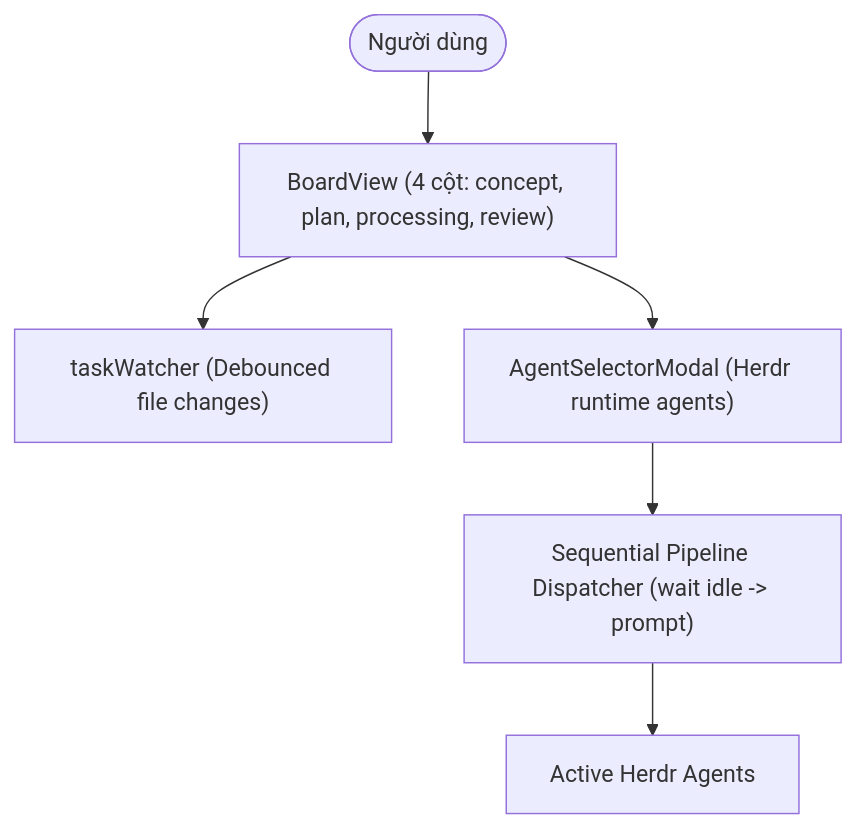
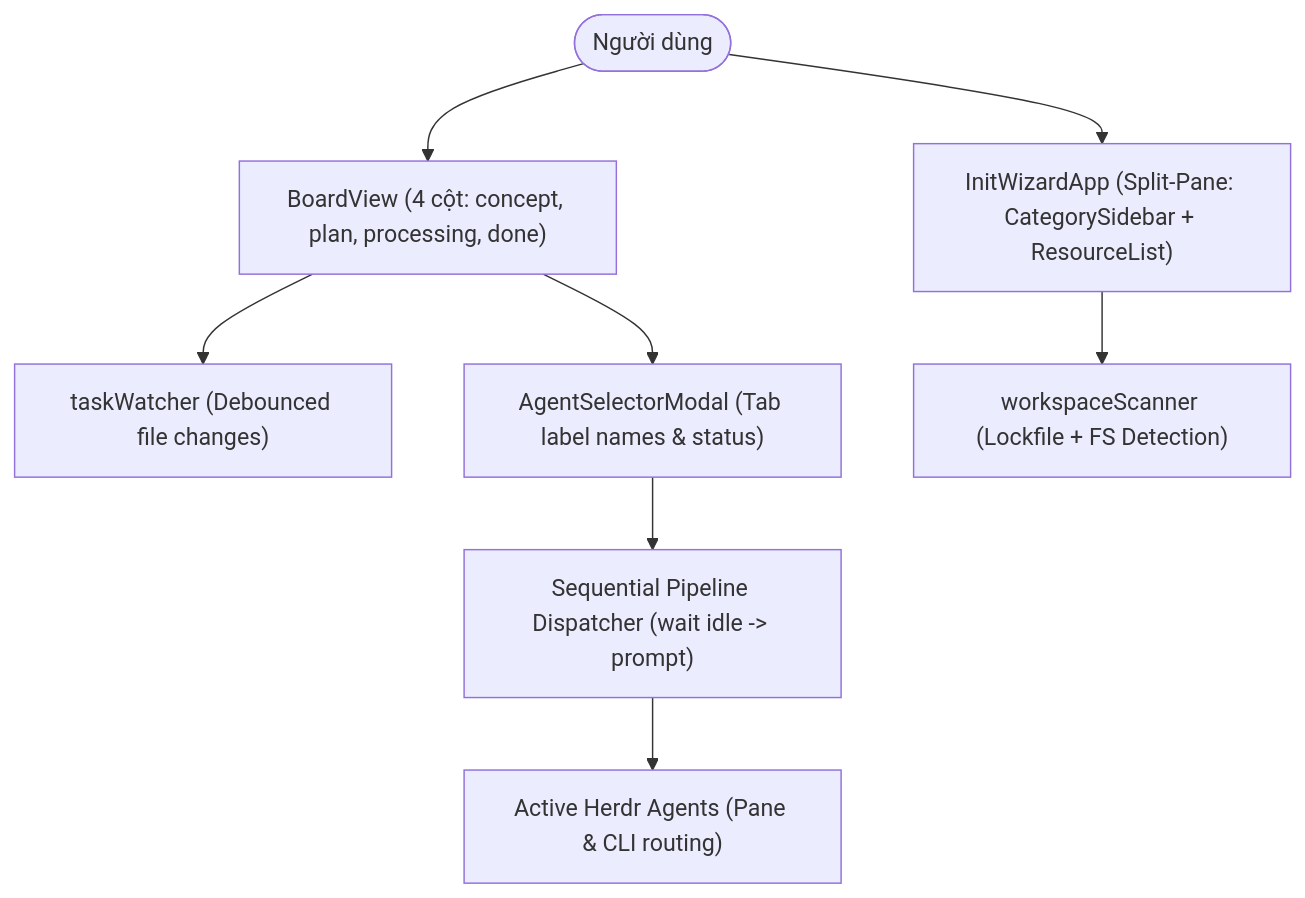
Before and after one commit to Personal-Source-SP/only-one-cli: the diagram in only-one/archives/tui-modernization.md, drawn with Mermaid. The commit also changed other lines of this file and 26 other files, not shown here.

````diff
--- a/only-one/archives/tui-modernization.md
+++ b/only-one/archives/tui-modernization.md
@@ -38,8 +46,10 @@
 ```mermaid
 flowchart TD
-    User([Người dùng]) --> Board["BoardView (4 cột: concept, plan, processing, review)"]
+    User([Người dùng]) --> Board["BoardView (4 cột: concept, plan, processing, done)"]
     Board --> Watcher["taskWatcher (Debounced file changes)"]
-    Board --> AgentModal["AgentSelectorModal (Herdr runtime agents)"]
+    Board --> AgentModal["AgentSelectorModal (Tab label names & status)"]
     AgentModal --> HerdrQueue["Sequential Pipeline Dispatcher (wait idle -> prompt)"]
-    HerdrQueue --> Agents["Active Herdr Agents"]
+    HerdrQueue --> Agents["Active Herdr Agents (Pane & CLI routing)"]
+    User --> InitWizard["InitWizardApp (Split-Pane: CategorySidebar + ResourceList)"]
+    InitWizard --> Scanner["workspaceScanner (Lockfile + FS Detection)"]
 ```
````
